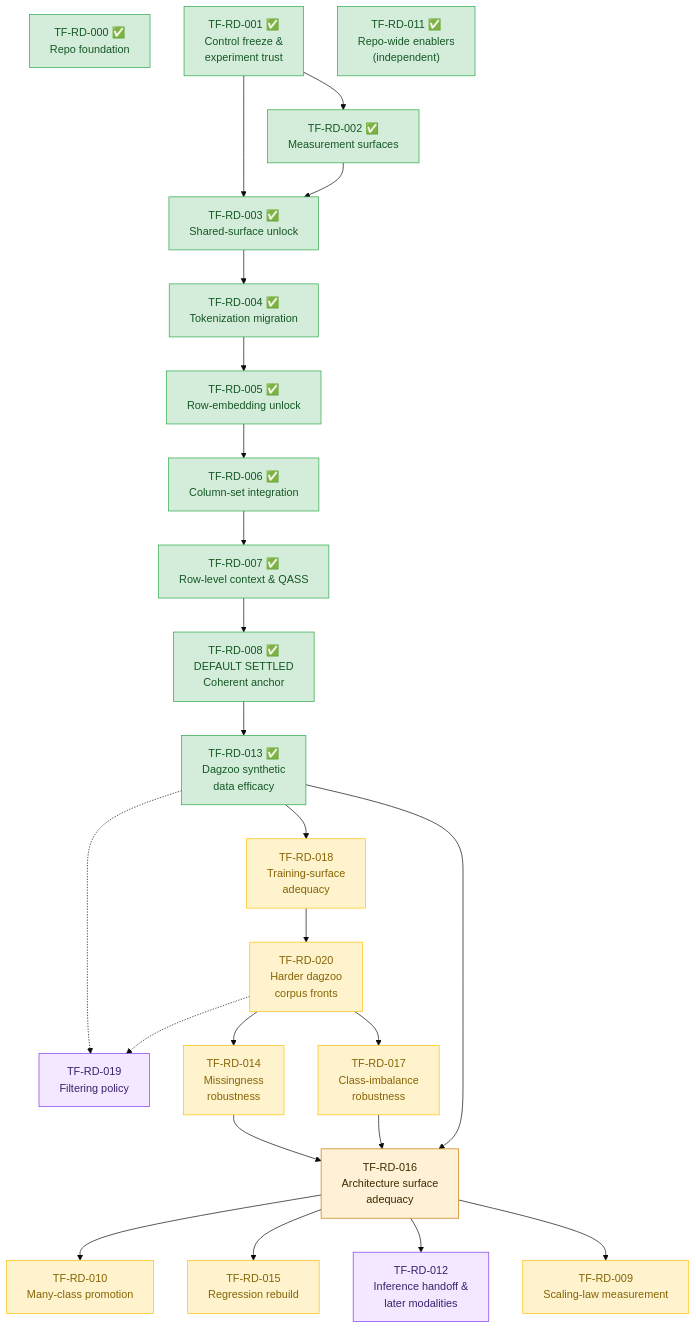
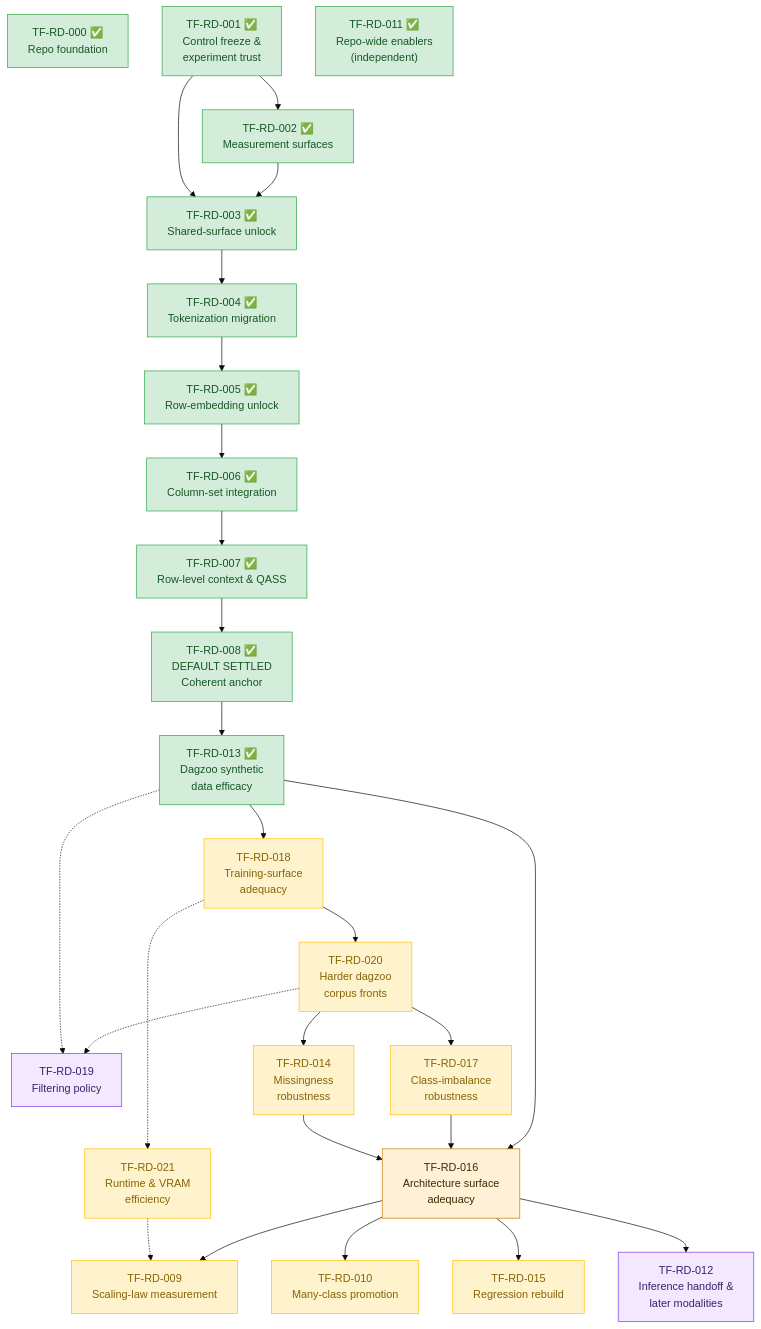
Before and after one commit to bensonlee5/tab-foundry: the diagram in docs/development/roadmap.md, drawn with Mermaid (base theme). The commit also changed other lines of this file and 27 other files, not shown here.

````diff
--- a/docs/development/roadmap.md
+++ b/docs/development/roadmap.md
@@ -159,60 +163,63 @@
 ```mermaid
 flowchart TD
     RD000["TF-RD-000 ✅<br/>Repo foundation"]
 
     RD001["TF-RD-001 ✅<br/>Control freeze &<br/>experiment trust"]
     RD002["TF-RD-002 ✅<br/>Measurement surfaces"]
     RD011["TF-RD-011 ✅<br/>Repo-wide enablers<br/>(independent)"]
 
     RD003["TF-RD-003 ✅<br/>Shared-surface unlock"]
     RD004["TF-RD-004 ✅<br/>Tokenization migration"]
     RD005["TF-RD-005 ✅<br/>Row-embedding unlock"]
     RD006["TF-RD-006 ✅<br/>Column-set integration"]
     RD007["TF-RD-007 ✅<br/>Row-level context & QASS"]
     RD008["TF-RD-008 ✅<br/>DEFAULT SETTLED<br/>Coherent anchor"]
     RD013["TF-RD-013 ✅<br/>Dagzoo synthetic<br/>data efficacy"]
     RD018["TF-RD-018<br/>Training-surface<br/>adequacy"]
+    RD021["TF-RD-021<br/>Runtime & VRAM<br/>efficiency"]
     RD020["TF-RD-020<br/>Harder dagzoo<br/>corpus fronts"]
     RD019["TF-RD-019<br/>Filtering policy"]
     RD014["TF-RD-014<br/>Missingness<br/>robustness"]
     RD017["TF-RD-017<br/>Class-imbalance<br/>robustness"]
     RD016["TF-RD-016<br/>Architecture surface<br/>adequacy"]
     RD010["TF-RD-010<br/>Many-class promotion"]
     RD015["TF-RD-015<br/>Regression rebuild"]
     RD012["TF-RD-012<br/>Inference handoff &<br/>later modalities"]
     RD009["TF-RD-009<br/>Scaling-law measurement"]
 
     RD001 --> RD002
     RD001 --> RD003
     RD002 --> RD003
     RD003 --> RD004
     RD004 --> RD005
     RD005 --> RD006
     RD006 --> RD007
     RD007 --> RD008
     RD008 --> RD013
     RD013 --> RD018
+    RD018 -.-> RD021
     RD018 --> RD020
     RD013 -.-> RD019
     RD020 -.-> RD019
     RD020 --> RD014
     RD020 --> RD017
     RD014 --> RD016
     RD017 --> RD016
     RD013 --> RD016
     RD016 --> RD010
     RD016 --> RD015
     RD016 --> RD012
+    RD021 -.-> RD009
     RD016 --> RD009
 
     classDef done fill:#d4edda,stroke:#28a745,color:#155724;
     classDef readyNow fill:#fff3cd,stroke:#ffc107,color:#856404;
     classDef now fill:#fce4ec,stroke:#e91e63,color:#880e4f;
     classDef gate fill:#fff1d6,stroke:#c67a00,color:#3d2a00;
     classDef later fill:#f3e8ff,stroke:#7c3aed,color:#3b1f6e;
 
     class RD000,RD001,RD002,RD003,RD004,RD005,RD006,RD007,RD008,RD011,RD013,RD020 done;
-    class RD009,RD018,RD020,RD014,RD017,RD010,RD015 readyNow;
+    class RD009,RD018,RD021,RD020,RD014,RD017,RD010,RD015 readyNow;
     class RD016 gate;
     class RD012,RD019 later;
 ```
````
